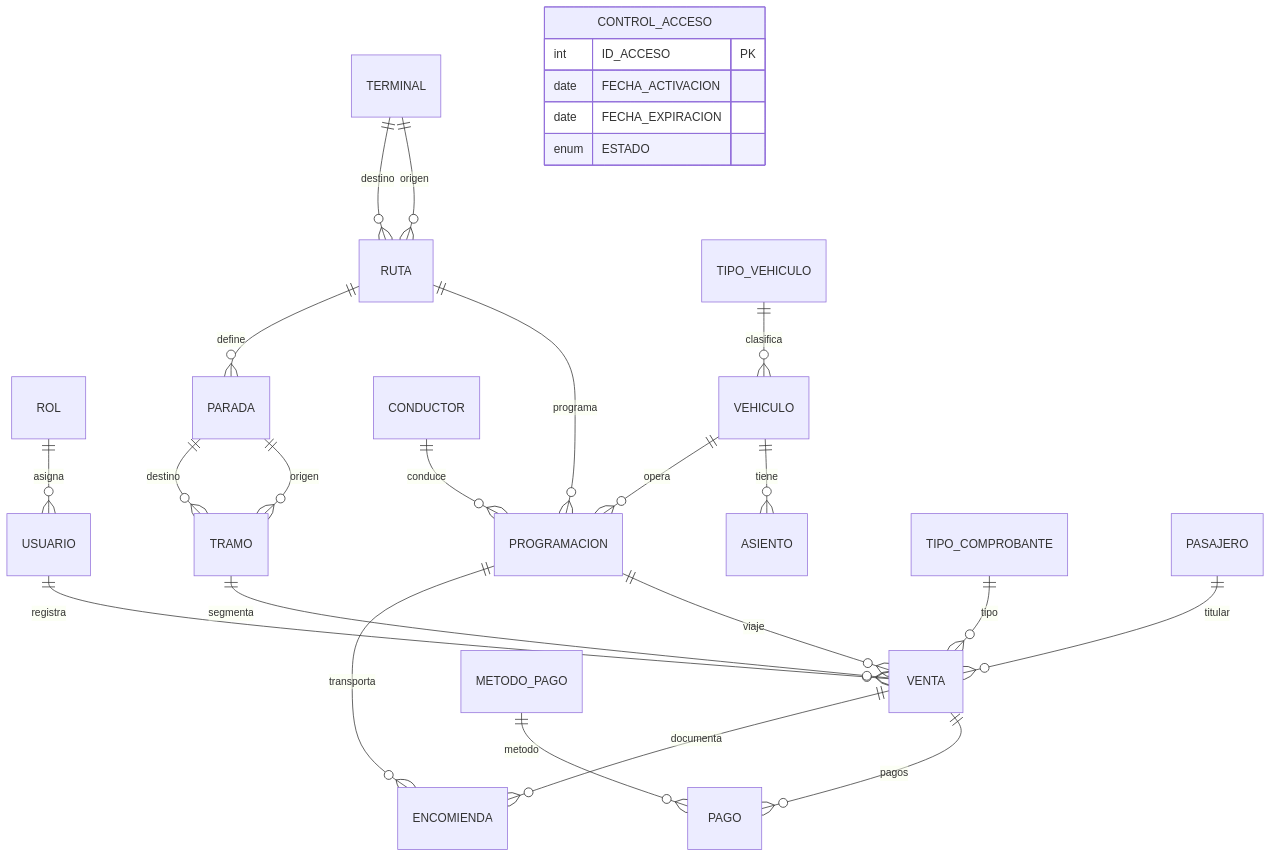
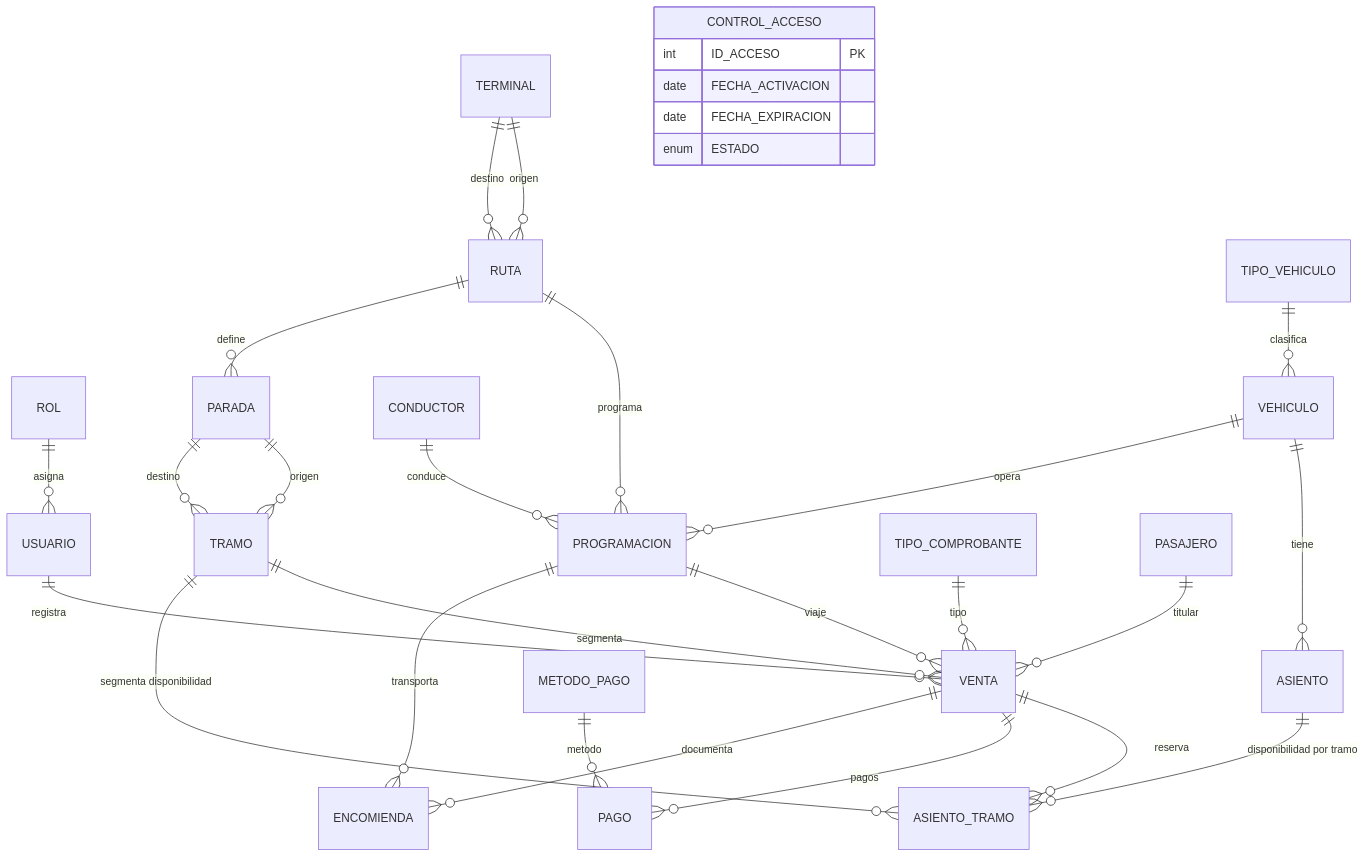
The diagram in README.md (raminpz/sistema_venta_pasajes), drawn with Mermaid before and after one commit. The commit also changed other lines of this file and 19 other files, not shown here.

Commit message:
Se agregó módulo ASIENTO_TRAMO, con todas las pruebas correctas

````diff
--- a/README.md
+++ b/README.md
@@ -105,33 +142,36 @@
 ```mermaid
 erDiagram
   ROL ||--o{ USUARIO : "asigna"
   TERMINAL ||--o{ RUTA : "origen"
   TERMINAL ||--o{ RUTA : "destino"
   TIPO_VEHICULO ||--o{ VEHICULO : "clasifica"
   VEHICULO ||--o{ ASIENTO : "tiene"
+  ASIENTO ||--o{ ASIENTO_TRAMO : "disponibilidad por tramo"
   RUTA ||--o{ PROGRAMACION : "programa"
   VEHICULO ||--o{ PROGRAMACION : "opera"
   CONDUCTOR ||--o{ PROGRAMACION : "conduce"
   RUTA ||--o{ PARADA : "define"
   PARADA ||--o{ TRAMO : "origen"
   PARADA ||--o{ TRAMO : "destino"
 
   TIPO_COMPROBANTE ||--o{ VENTA : "tipo"
   USUARIO ||--o{ VENTA : "registra"
   PASAJERO ||--o{ VENTA : "titular"
   PROGRAMACION ||--o{ VENTA : "viaje"
   TRAMO ||--o{ VENTA : "segmenta"
+  TRAMO ||--o{ ASIENTO_TRAMO : "segmenta disponibilidad"
+  VENTA ||--o{ ASIENTO_TRAMO : "reserva"
 
   VENTA ||--o{ PAGO : "pagos"
   METODO_PAGO ||--o{ PAGO : "metodo"
 
   VENTA ||--o{ ENCOMIENDA : "documenta"
   PROGRAMACION ||--o{ ENCOMIENDA : "transporta"
 
   CONTROL_ACCESO {
     int ID_ACCESO PK
     date FECHA_ACTIVACION
     date FECHA_EXPIRACION
     enum ESTADO
   }
 ```
````
